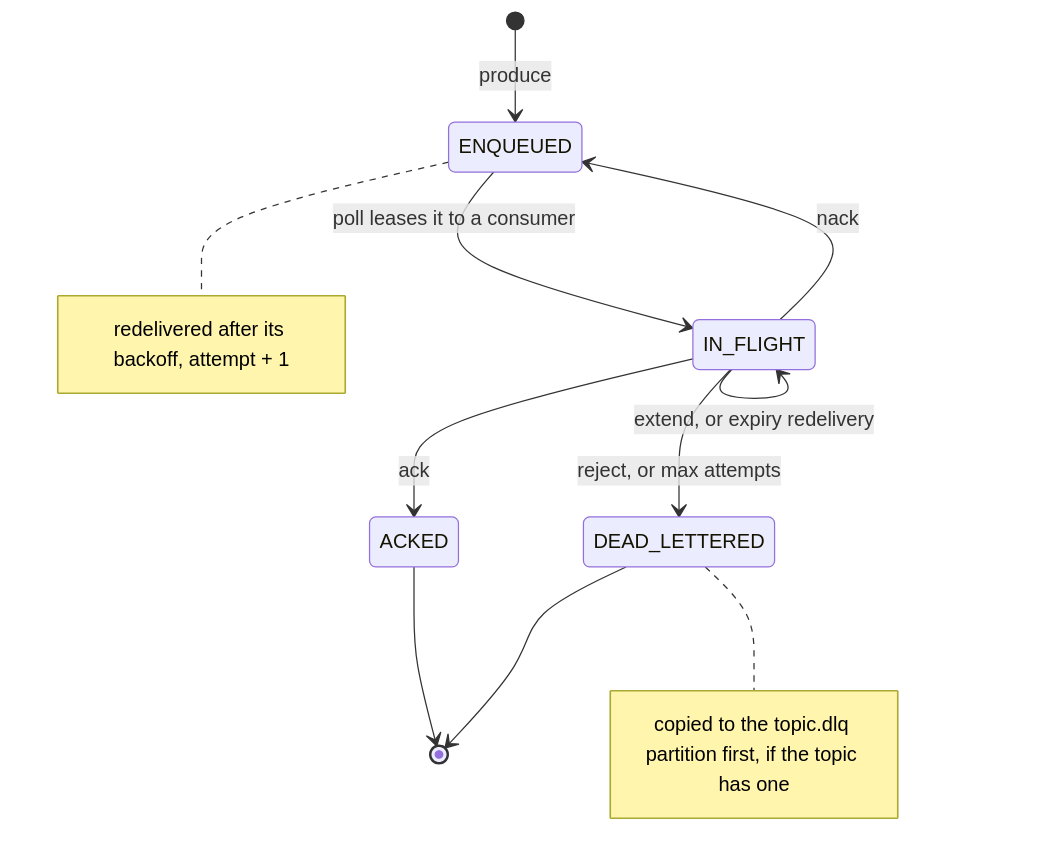
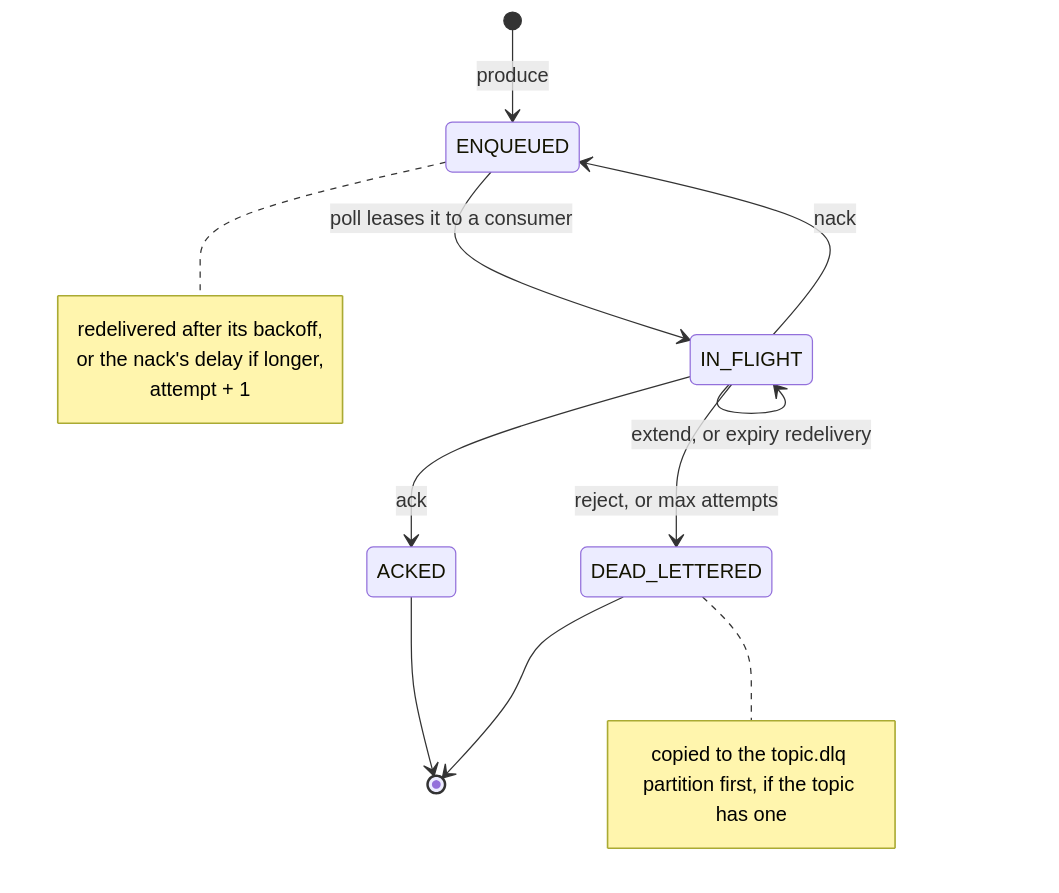
The first of 3 diagrams in docs/messaging/design.md (BlivionIaG/sjws_nettask), drawn with Mermaid before and after one commit. The commit also changed other lines of this file and 19 other files, not shown here.

First line of the commit message:
docs: fix the diagrams the fact-check found imprecise

````diff
--- a/docs/messaging/design.md
+++ b/docs/messaging/design.md
@@ -26,14 +26,14 @@
 ```mermaid
 stateDiagram-v2
     [*] --> ENQUEUED: produce
     ENQUEUED --> IN_FLIGHT: poll leases it to a consumer
     IN_FLIGHT --> ACKED: ack
     IN_FLIGHT --> ENQUEUED: nack
     IN_FLIGHT --> IN_FLIGHT: extend, or expiry redelivery
     IN_FLIGHT --> DEAD_LETTERED: reject, or max attempts
     ACKED --> [*]
     DEAD_LETTERED --> [*]
 
-    note right of ENQUEUED: redelivered after its backoff, attempt + 1
+    note right of ENQUEUED: redelivered after its backoff,<br/>or the nack's delay if longer,<br/>attempt + 1
     note right of DEAD_LETTERED: copied to the topic.dlq partition first, if the topic has one
 ```
````
